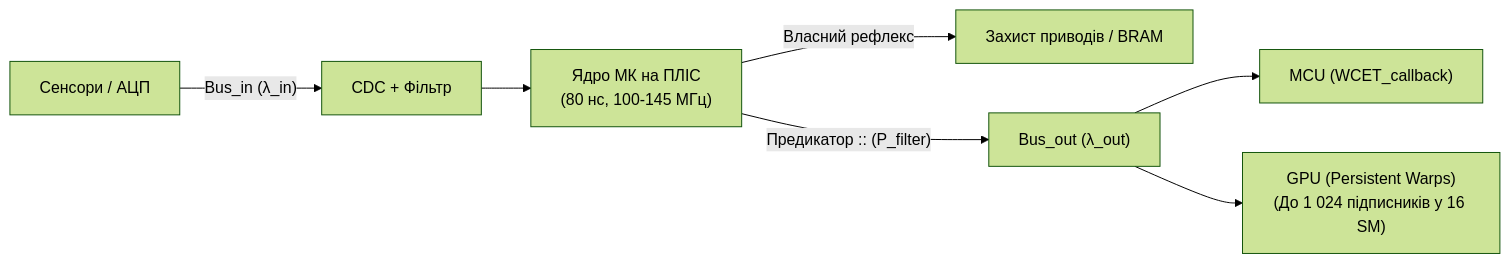
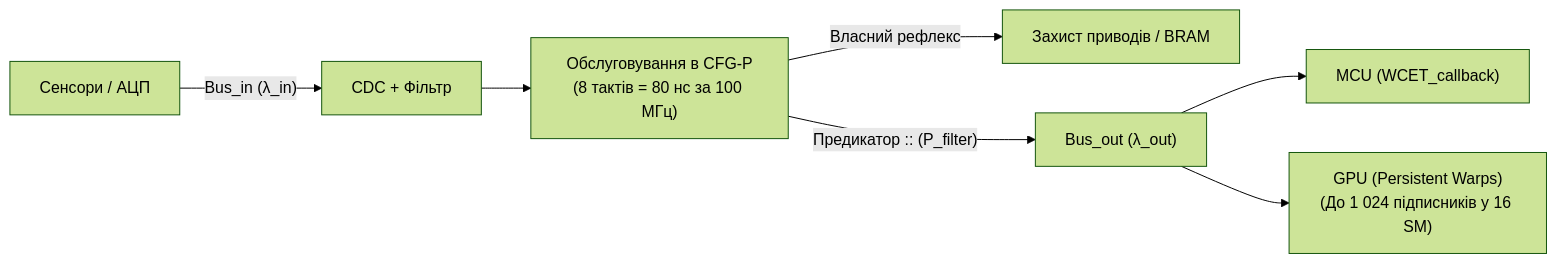
Diagram 11 of 12 in Articles/Kuzmin-Machine-Overview.md (nick-fedchik/kuzmin-machine), drawn with Mermaid (forest theme) before and after one commit. The commit also changed other lines of this file and 3 other files, not shown here.

````diff
--- a/Articles/Kuzmin-Machine-Overview.md
+++ b/Articles/Kuzmin-Machine-Overview.md
@@ -474,9 +484,9 @@
 ```mermaid
 flowchart LR
     Sensors["Сенсори / АЦП"] -->|"Bus_in (λ_in)"| CDC["CDC + Фільтр"]
-    CDC --> Core["Ядро МК на ПЛІС<br/>(80 нс, 100-145 МГц)"]
+    CDC --> Core["Обслуговування в CFG-P<br/>(8 тактів = 80 нс за 100 МГц)"]
     Core -->|"Власний рефлекс"| Reflex["Захист приводів / BRAM"]
     Core -->|"Предикатор :: (P_filter)"| OutBus["Bus_out (λ_out)"]
     OutBus --> ExtMCU["MCU (WCET_callback)"]
     OutBus --> ExtGPU["GPU (Persistent Warps)<br/>(До 1 024 підписників у 16 SM)"]
 ```
````
